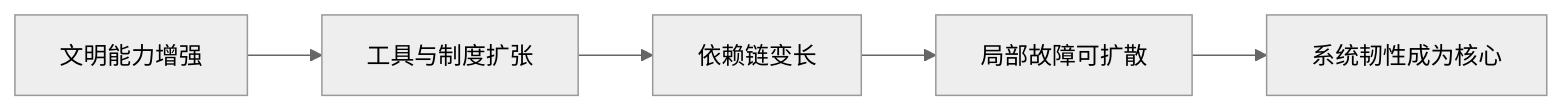
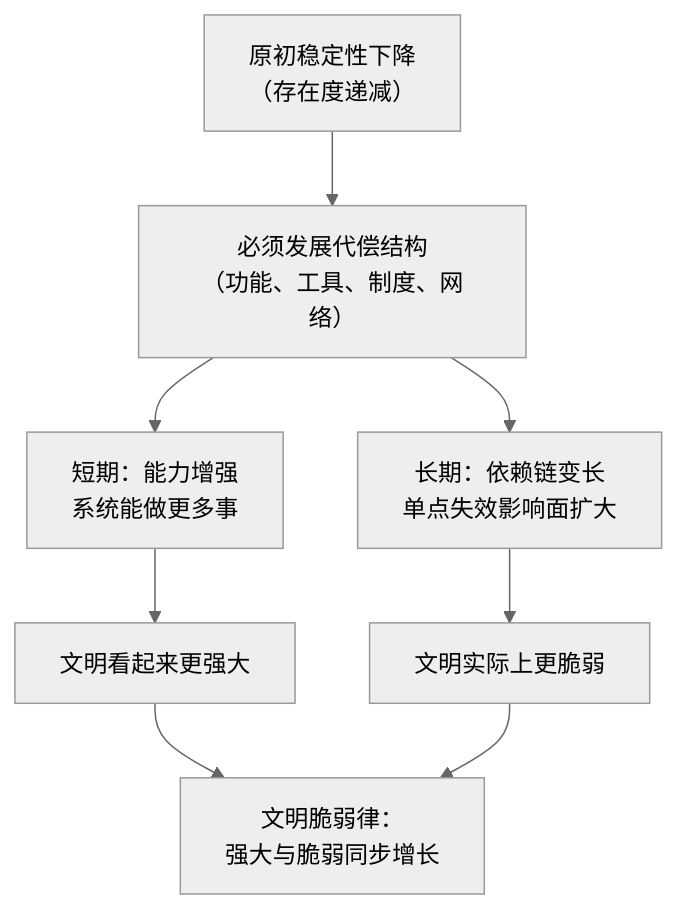
The first of 2 diagrams in 202605/20260518_55.md (digoal/blog), drawn with Mermaid (neutral theme) before and after one commit. The commit also changed other lines of this file and 16 other files, not shown here.

````diff
--- a/202605/20260518_55.md
+++ b/202605/20260518_55.md
@@ -22,7 +59,10 @@
 ```mermaid
-flowchart LR
-  A["文明能力增强"] --> B["工具与制度扩张"]
-  B --> C["依赖链变长"]
-  C --> D["局部故障可扩散"]
-  D --> E["系统韧性成为核心"]
+flowchart TD
+    A["原初稳定性下降</br>（存在度递减）"] --> B["必须发展代偿结构</br>（功能、工具、制度、网络）"]
+    B --> C["短期：能力增强</br>系统能做更多事"]
+    B --> D["长期：依赖链变长</br>单点失效影响面扩大"]
+    C --> E["文明看起来更强大"]
+    D --> F["文明实际上更脆弱"]
+    E --> G["文明脆弱律：</br>强大与脆弱同步增长"]
+    F --> G
 ```
````
